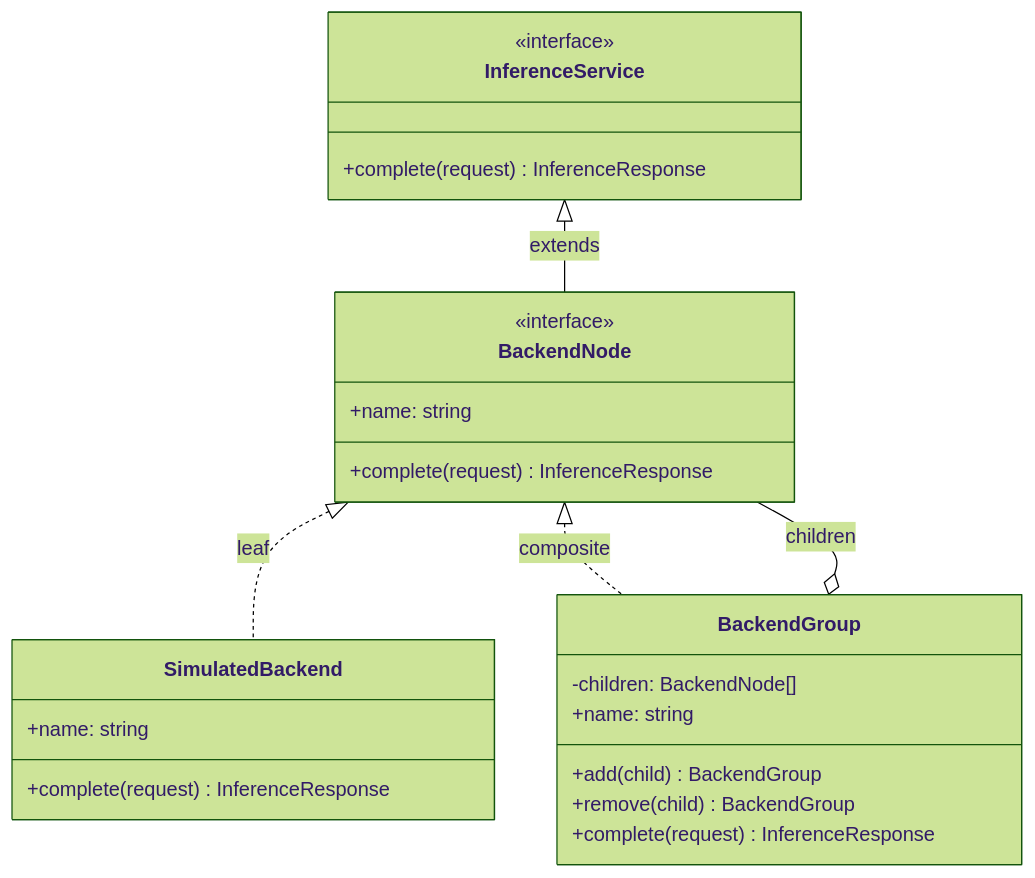
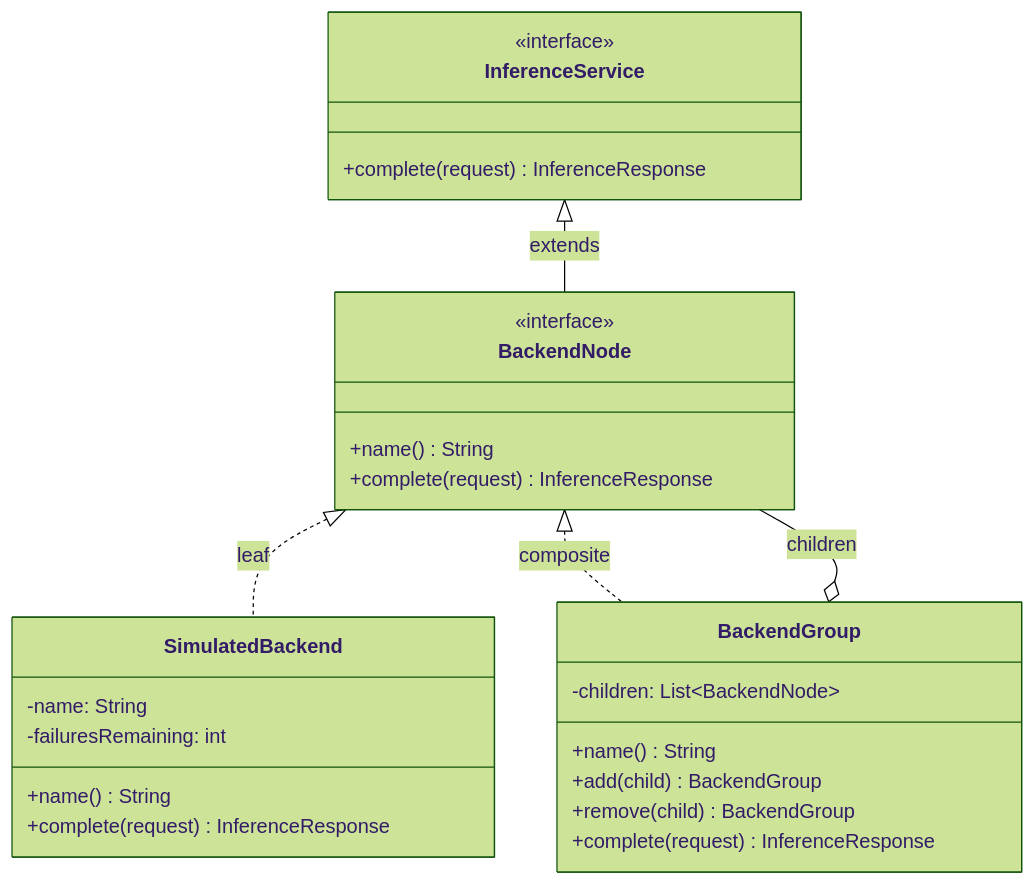
One commit to igortacu/tmps-labs changed the first of 3 diagrams in lab3/REPORT.md. Above: the diagram before and after it, drawn with Mermaid (forest theme). The commit also changed other lines of this file and 40 other files, not shown here.

````diff
--- a/lab3/REPORT.md
+++ b/lab3/REPORT.md
@@ -22,27 +22,29 @@
 ```mermaid
 classDiagram
     class InferenceService {
         <<interface>>
         +complete(request) InferenceResponse
     }
     class BackendNode {
         <<interface>>
-        +name: string
+        +name() String
         +complete(request) InferenceResponse
     }
     class SimulatedBackend {
-        +name: string
+        -name: String
+        -failuresRemaining: int
+        +name() String
         +complete(request) InferenceResponse
     }
     class BackendGroup {
-        -children: BackendNode[]
-        +name: string
+        -children: List~BackendNode~
+        +name() String
         +add(child) BackendGroup
         +remove(child) BackendGroup
         +complete(request) InferenceResponse
     }
     InferenceService <|-- BackendNode : extends
     BackendNode <|.. SimulatedBackend : leaf
     BackendNode <|.. BackendGroup : composite
     BackendGroup o-- BackendNode : children
 ```
````
